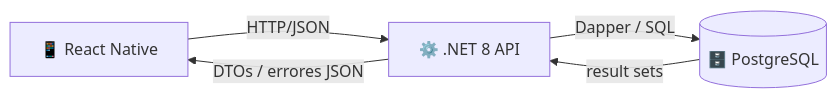
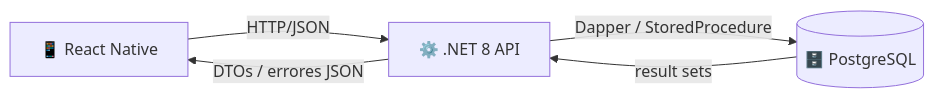
One commit to fabricioferiozzi96/task-manager-challenge changed the first of 4 diagrams in docs/communication.md. Above: the diagram before and after it, drawn with Mermaid. The commit also changed other lines of this file and 5 other files, not shown here.

````diff
--- a/docs/communication.md
+++ b/docs/communication.md
@@ -3,7 +3,7 @@
 ```mermaid
 flowchart LR
     APP["📱 React Native"] -->|HTTP/JSON| API["⚙️ .NET 8 API"]
-    API -->|Dapper / SQL| DB[("🗄️ PostgreSQL")]
+    API -->|Dapper / StoredProcedure| DB[("🗄️ PostgreSQL")]
     DB -->|result sets| API
     API -->|DTOs / errores JSON| APP
 ```
````
